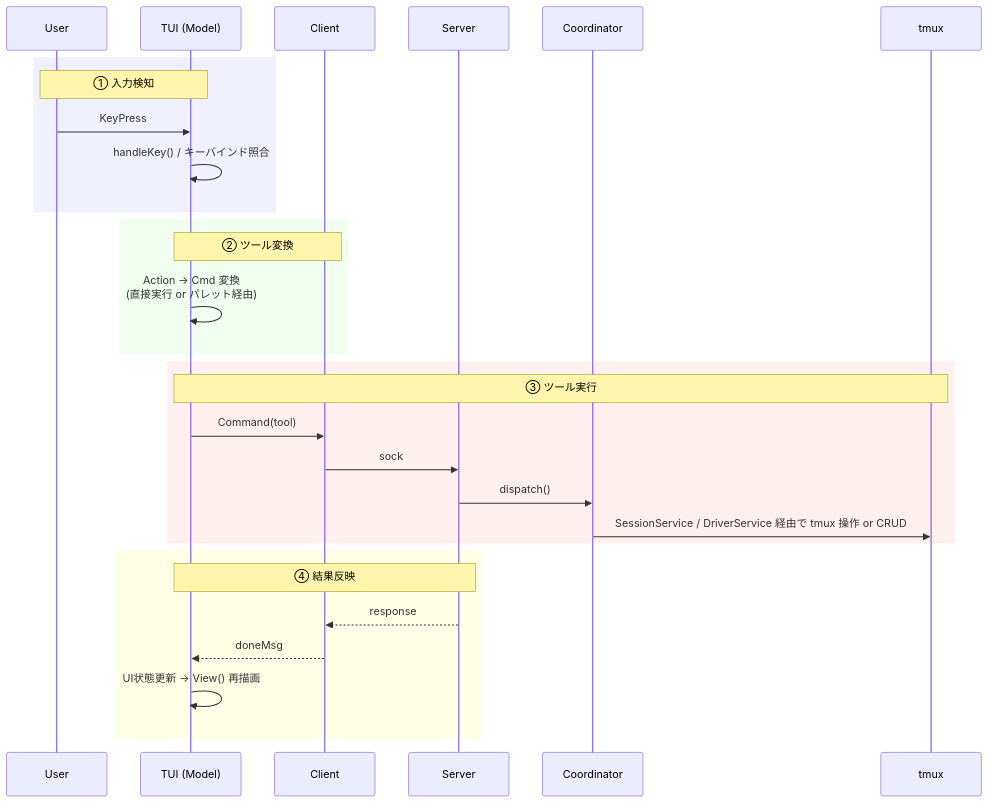
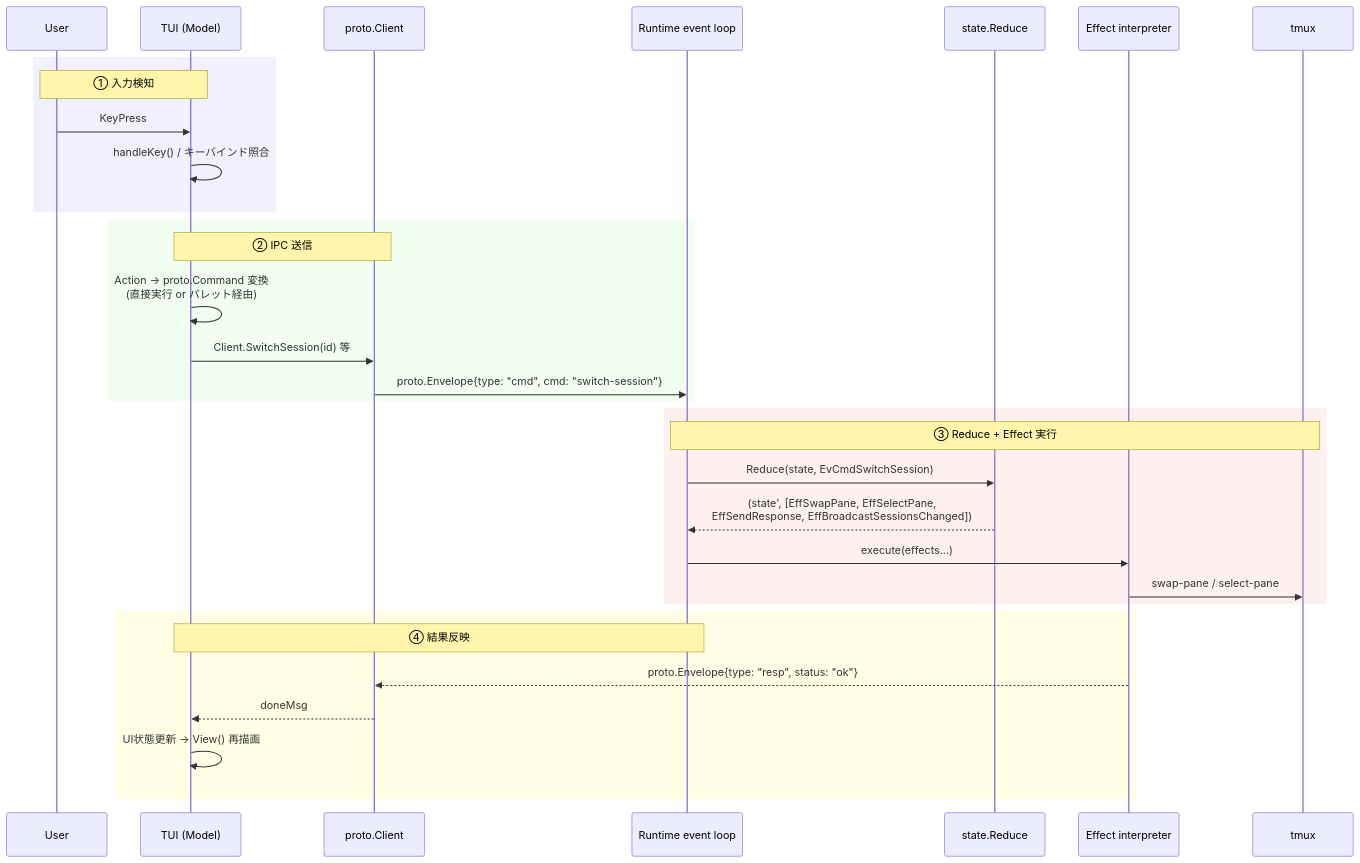
Before and after one commit to takezoh/agent-roost: the eighth of 12 diagrams in ARCHITECTURE.md, drawn with Mermaid. The commit also changed other lines of this file, not shown here.

First line of the commit message:
Rewrite ARCHITECTURE.md for FCIS architecture

````diff
--- a/ARCHITECTURE.md
+++ b/ARCHITECTURE.md
@@ -687,35 +664,38 @@
 ```mermaid
 sequenceDiagram
     participant U as User
     participant M as TUI (Model)
-    participant C as Client
-    participant S as Server
-    participant Coord as Coordinator
+    participant C as proto.Client
+    participant EL as Runtime event loop
+    participant Red as state.Reduce
+    participant Interp as Effect interpreter
     participant T as tmux
 
     rect rgb(240, 240, 255)
     Note over U,M: ① 入力検知
     U->>M: KeyPress
     M->>M: handleKey() / キーバインド照合
     end
 
     rect rgb(240, 255, 240)
-    Note over M,C: ② ツール変換
-    M->>M: Action → Cmd 変換<br/>(直接実行 or パレット経由)
+    Note over M,C: ② IPC 送信
+    M->>M: Action → proto.Command 変換<br/>(直接実行 or パレット経由)
+    M->>C: Client.SwitchSession(id) 等
+    C->>EL: proto.Envelope{type: "cmd", cmd: "switch-session"}
     end
 
     rect rgb(255, 240, 240)
-    Note over M,T: ③ ツール実行
-    M->>C: Command(tool)
-    C->>S: sock
-    S->>Coord: dispatch()
-    Coord->>T: SessionService / DriverService 経由で tmux 操作 or CRUD
+    Note over EL,T: ③ Reduce + Effect 実行
+    EL->>Red: Reduce(state, EvCmdSwitchSession)
+    Red-->>EL: (state', [EffSwapPane, EffSelectPane,<br/>EffSendResponse, EffBroadcastSessionsChanged])
+    EL->>Interp: execute(effects...)
+    Interp->>T: swap-pane / select-pane
     end
 
     rect rgb(255, 255, 230)
-    Note over M,S: ④ 結果反映
-    S-->>C: response
+    Note over M,EL: ④ 結果反映
+    Interp-->>C: proto.Envelope{type: "resp", status: "ok"}
     C-->>M: doneMsg
     M->>M: UI状態更新 → View() 再描画
     end
 ```
````
